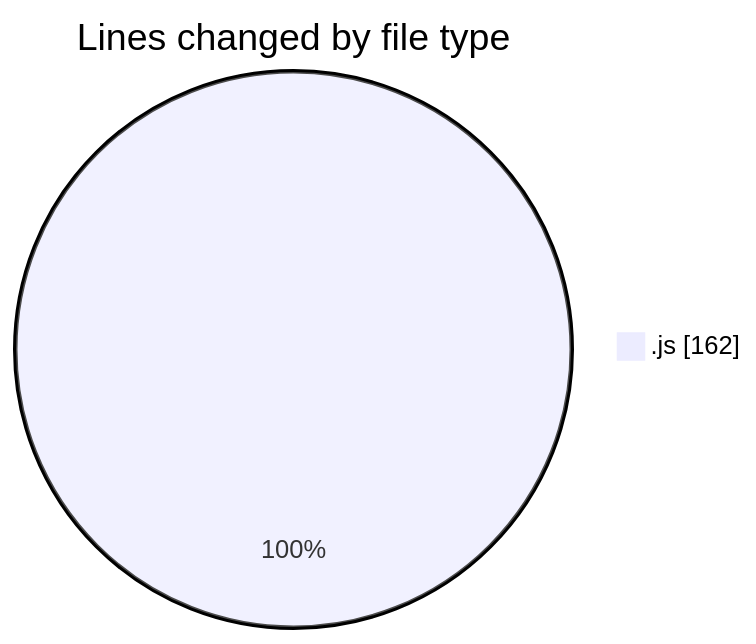
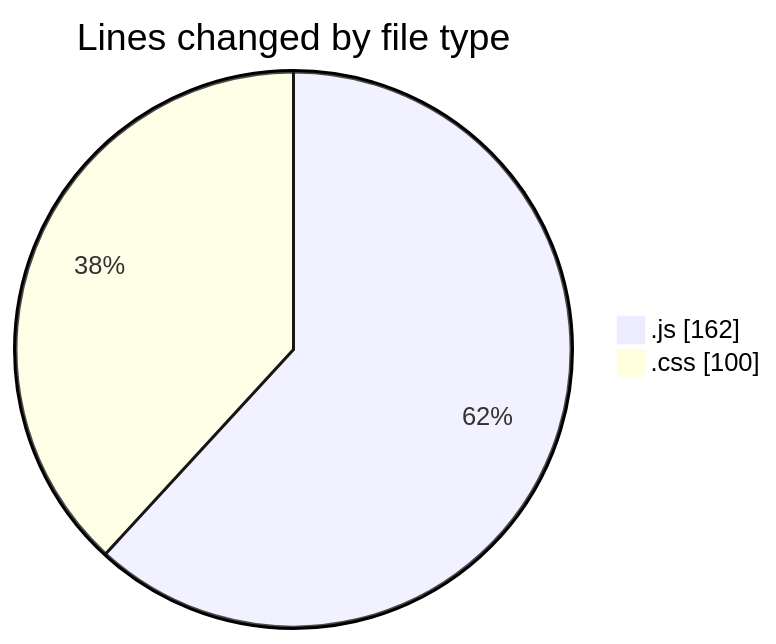
Before and after one commit to Ritupan-Deka/code-tracking: the first of 2 diagrams in 2025-07-19/mern-workoutboard/README.md, drawn with Mermaid. The commit also changed other lines of this file and 1 other file, not shown here.

````diff
--- a/2025-07-19/mern-workoutboard/README.md
+++ b/2025-07-19/mern-workoutboard/README.md
@@ -21,5 +22,6 @@
 ```mermaid
 pie showData
 title Lines changed by file type
 ".js" : 162
+".css" : 100
 ```
````
